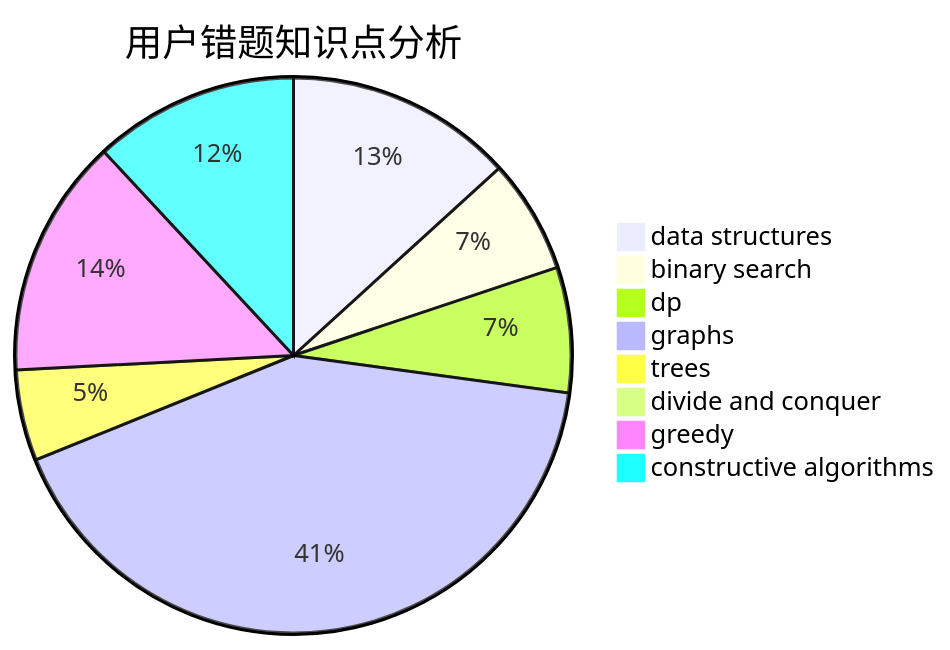
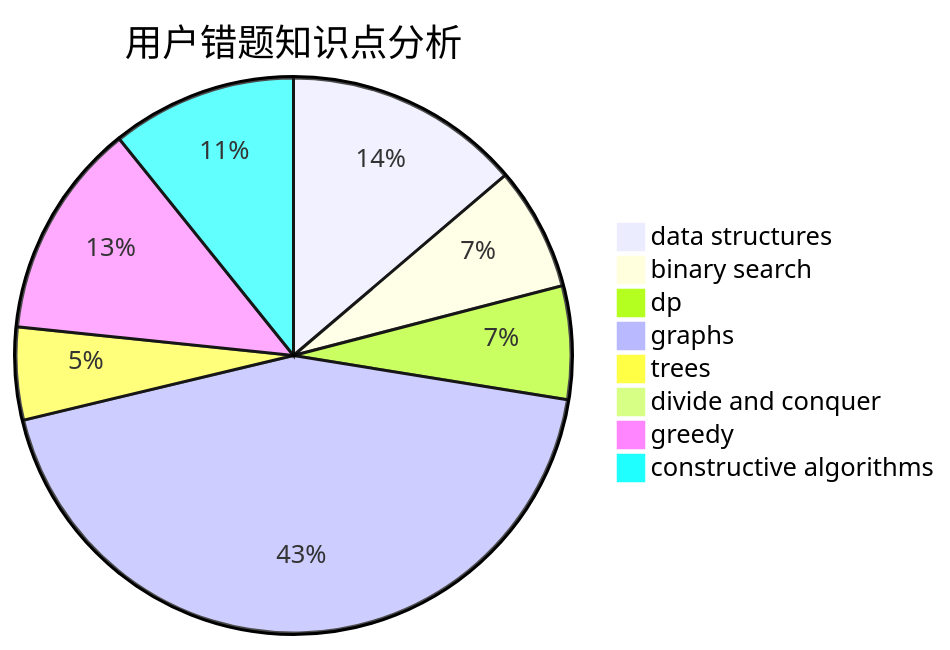
One commit to sherpahu/cfrs.github.io changed the third of 3 diagrams in docs/user/u2162.md. Above: the diagram before and after it, drawn with Mermaid. The commit also changed other lines of this file and 2770 other files, not shown here.

````diff
--- a/docs/user/u2162.md
+++ b/docs/user/u2162.md
@@ -36,11 +36,11 @@
 ```mermaid
 pie title 用户错题知识点分析
-    "data structures" :  20
-    "binary search" :  10
+    "data structures" :  23
+    "binary search" :  12
     "dp" :  11
-    "graphs" :  63
-    "trees" :  8
+    "graphs" :  73
+    "trees" :  9
     "divide and conquer" :  1
     "greedy" :  21
     "constructive algorithms" :  18
 ```
````
